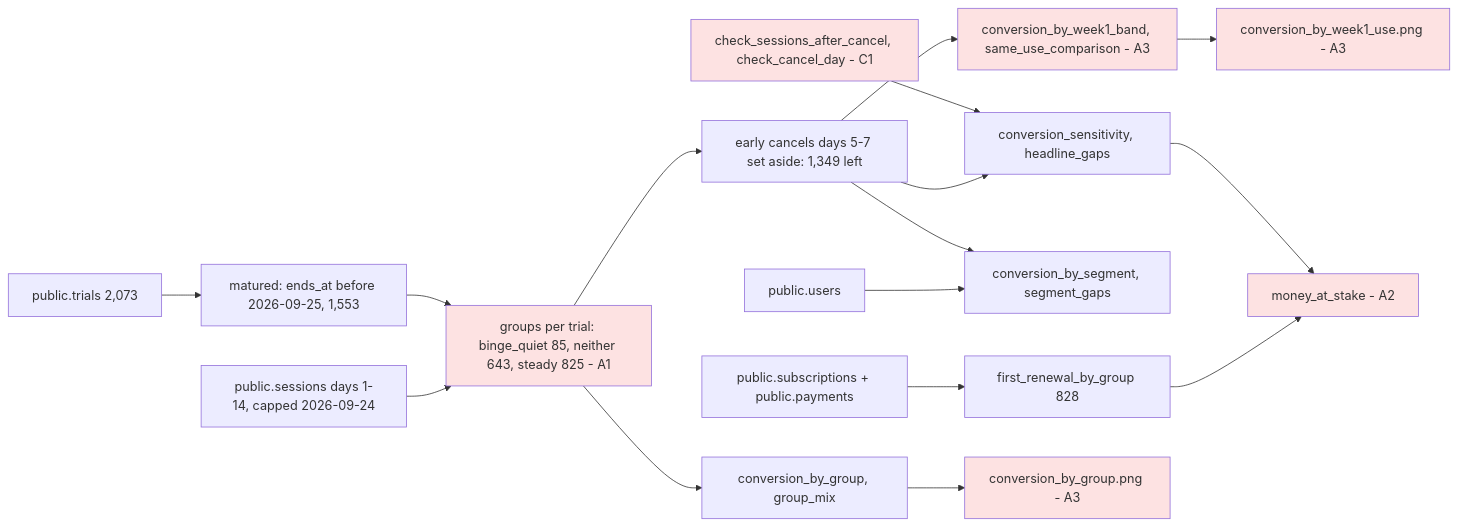
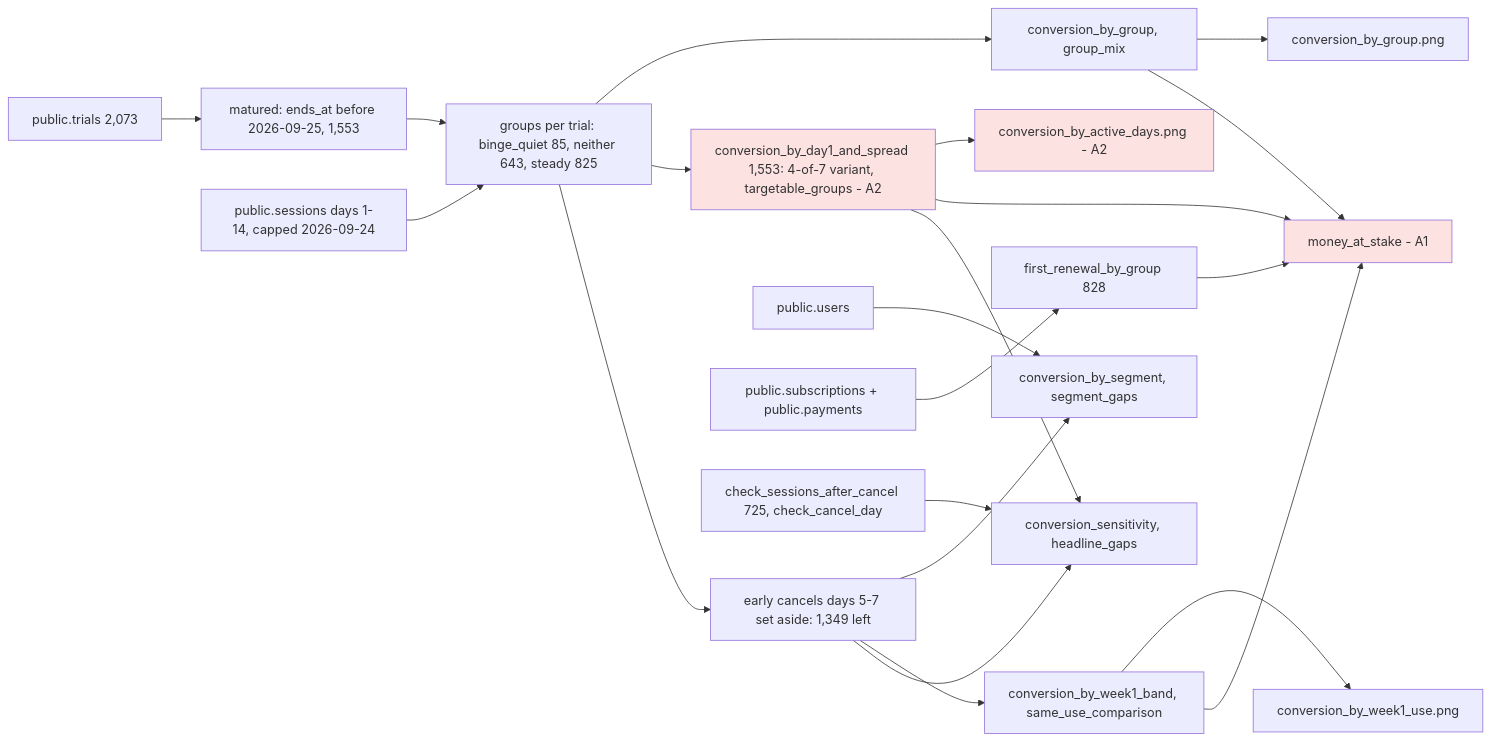
One commit to maakadam/ai-analyst changed the diagram in outputs/2026-11-17_trial-binge-vs-steady/review.md. Above: the diagram before and after it, drawn with Mermaid. The commit also changed other lines of this file, not shown here.

Commit message:
Validate round 2: Ship it

````diff
--- a/outputs/2026-11-17_trial-binge-vs-steady/review.md
+++ b/outputs/2026-11-17_trial-binge-vs-steady/review.md
@@ -7,25 +7,27 @@
 ```mermaid
 flowchart LR
   T[public.trials 2,073] --> M[matured: ends_at before 2026-09-25, 1,553]
   S[public.sessions days 1-14, capped 2026-09-24] --> G
-  M --> G[groups per trial: binge_quiet 85, neither 643, steady 825 - A1]
+  M --> G[groups per trial: binge_quiet 85, neither 643, steady 825]
   G --> E[early cancels days 5-7 set aside: 1,349 left]
   E --> V[conversion_sensitivity, headline_gaps]
-  E --> B[conversion_by_week1_band, same_use_comparison - A3]
+  G --> SP[conversion_by_day1_and_spread 1,553: 4-of-7 variant, targetable_groups - A2]
+  SP --> V
+  E --> B[conversion_by_week1_band, same_use_comparison]
   U[public.users] --> SG[conversion_by_segment, segment_gaps]
   E --> SG
   G --> GM[conversion_by_group, group_mix]
   P[public.subscriptions + public.payments] --> R[first_renewal_by_group 828]
-  R --> MS[money_at_stake - A2]
-  V --> MS
-  GM --> C1c[conversion_by_group.png - A3]
-  B --> C2c[conversion_by_week1_use.png - A3]
-  X[check_sessions_after_cancel, check_cancel_day - C1] --> V
-  G:::issue
+  R --> MS[money_at_stake - A1]
+  GM --> MS
+  B --> MS
+  SP --> MS
+  SP --> AD[conversion_by_active_days.png - A2]
+  GM --> C1c[conversion_by_group.png]
+  B --> C2c[conversion_by_week1_use.png]
+  X[check_sessions_after_cancel 725, check_cancel_day] --> V
   MS:::issue
-  B:::issue
-  C1c:::issue
-  C2c:::issue
-  X:::issue
+  SP:::issue
+  AD:::issue
   classDef issue fill:#fde2e2
 ```
````
